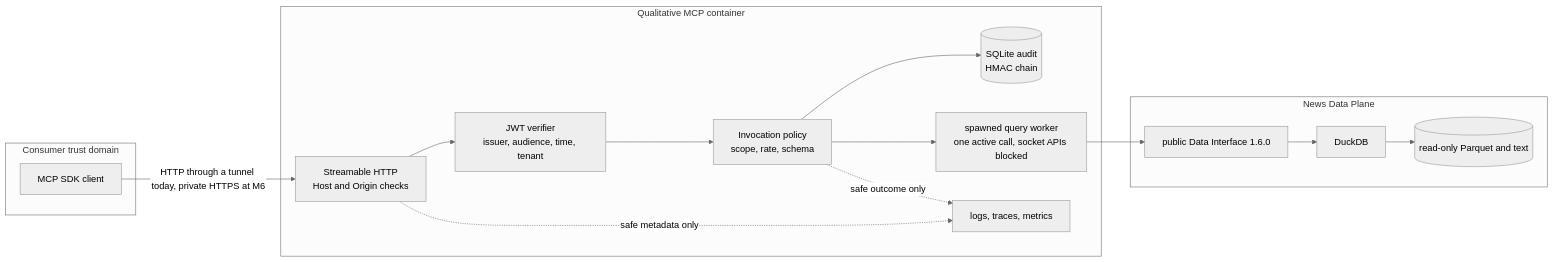
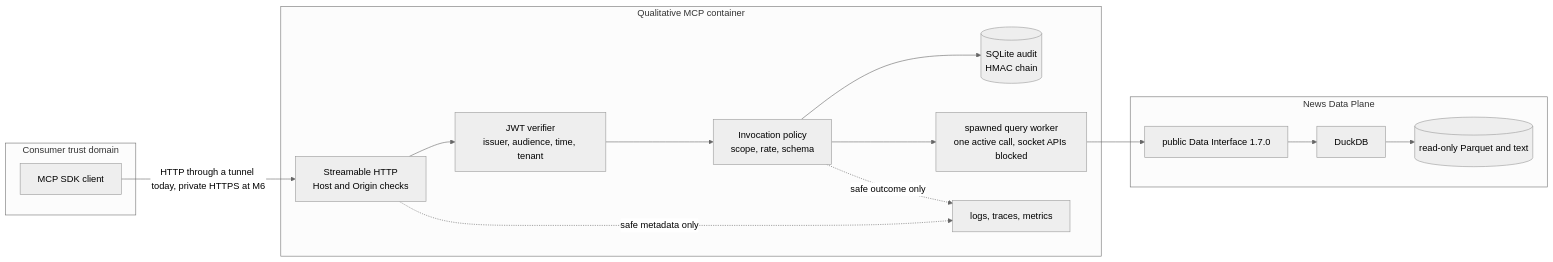
Before and after one commit to SiddarthaKoppaka/stram_qualitative_mcp: the first of 4 diagrams in docs/ARCHITECTURE.md, drawn with Mermaid (neutral theme). The commit also changed other lines of this file and 35 other files, not shown here.

````diff
--- a/docs/ARCHITECTURE.md
+++ b/docs/ARCHITECTURE.md
@@ -9,24 +9,24 @@
 ```mermaid
 flowchart LR
     subgraph consumer[Consumer trust domain]
         C[MCP SDK client]
     end
     subgraph tool[Qualitative MCP container]
         H[Streamable HTTP<br/>Host and Origin checks]
         A[JWT verifier<br/>issuer, audience, time, tenant]
         P[Invocation policy<br/>scope, rate, schema]
         J[(SQLite audit<br/>HMAC chain)]
     W[spawned query worker<br/>one active call, socket APIs blocked]
         O[logs, traces, metrics]
     end
     subgraph data[News Data Plane]
-        I[public Data Interface 1.6.0]
+        I[public Data Interface 1.7.0]
         Q[DuckDB]
         L[(read-only Parquet and text)]
     end
     C -->|HTTP through a tunnel today, private HTTPS at M6| H --> A --> P
     P --> J
     P --> W --> I --> Q --> L
     H -. safe metadata only .-> O
     P -. safe outcome only .-> O
 ```
````
